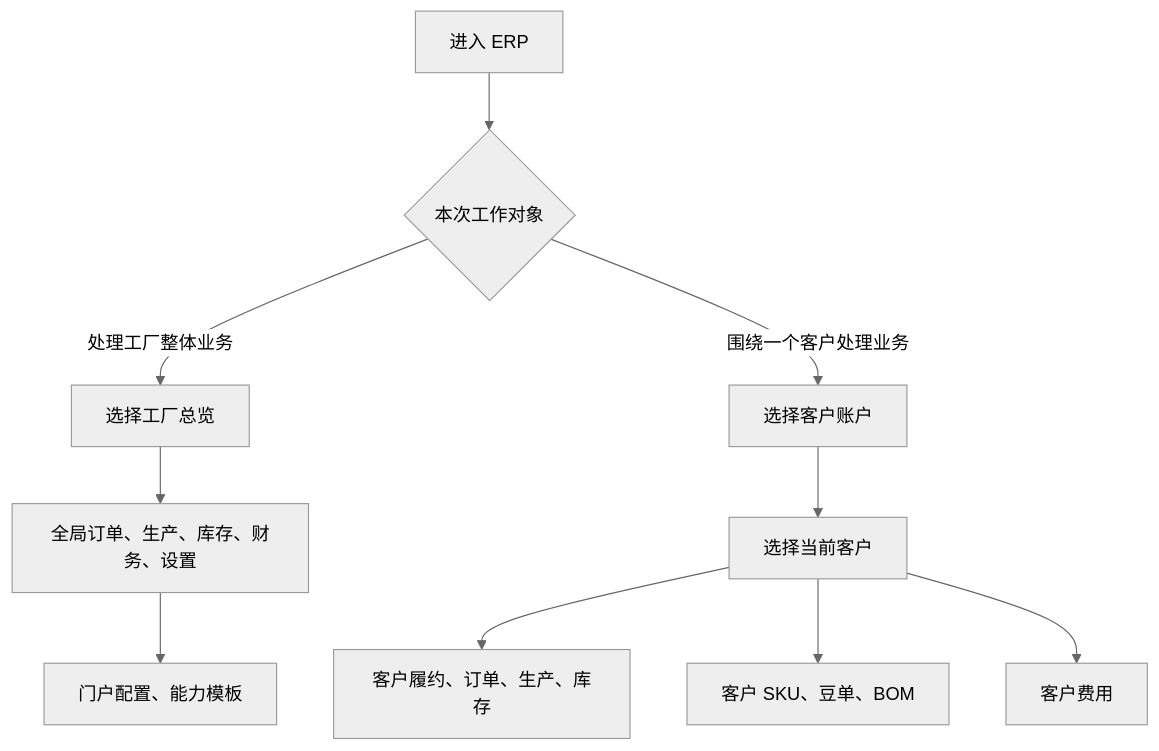
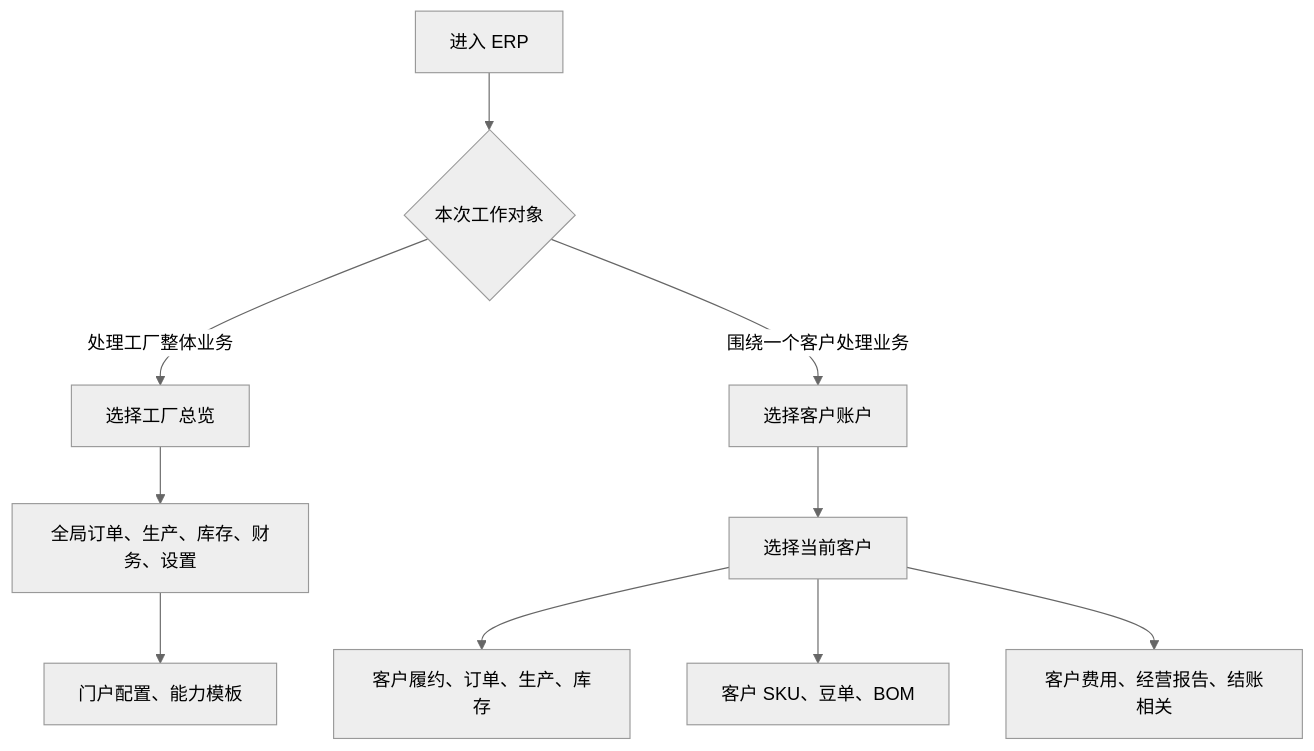
Before and after one commit to Backstage2539/KFerp: the diagram in OP_MANUAL_WORKSPACE_MODE.md, drawn with Mermaid (neutral theme). The commit also changed other lines of this file and 33 other files, not shown here.

````diff
--- a/OP_MANUAL_WORKSPACE_MODE.md
+++ b/OP_MANUAL_WORKSPACE_MODE.md
@@ -14,12 +14,12 @@
 ```mermaid
 flowchart TD
   A["进入 ERP"] --> B{"本次工作对象"}
   B -->|处理工厂整体业务| C["选择工厂总览"]
   B -->|围绕一个客户处理业务| D["选择客户账户"]
   D --> E["选择当前客户"]
   E --> F["客户履约、订单、生产、库存"]
   E --> G["客户 SKU、豆单、BOM"]
-  E --> H["客户费用"]
+  E --> H["客户费用、经营报告、结账相关"]
   C --> I["全局订单、生产、库存、财务、设置"]
   I --> J["门户配置、能力模板"]
 ```
````
